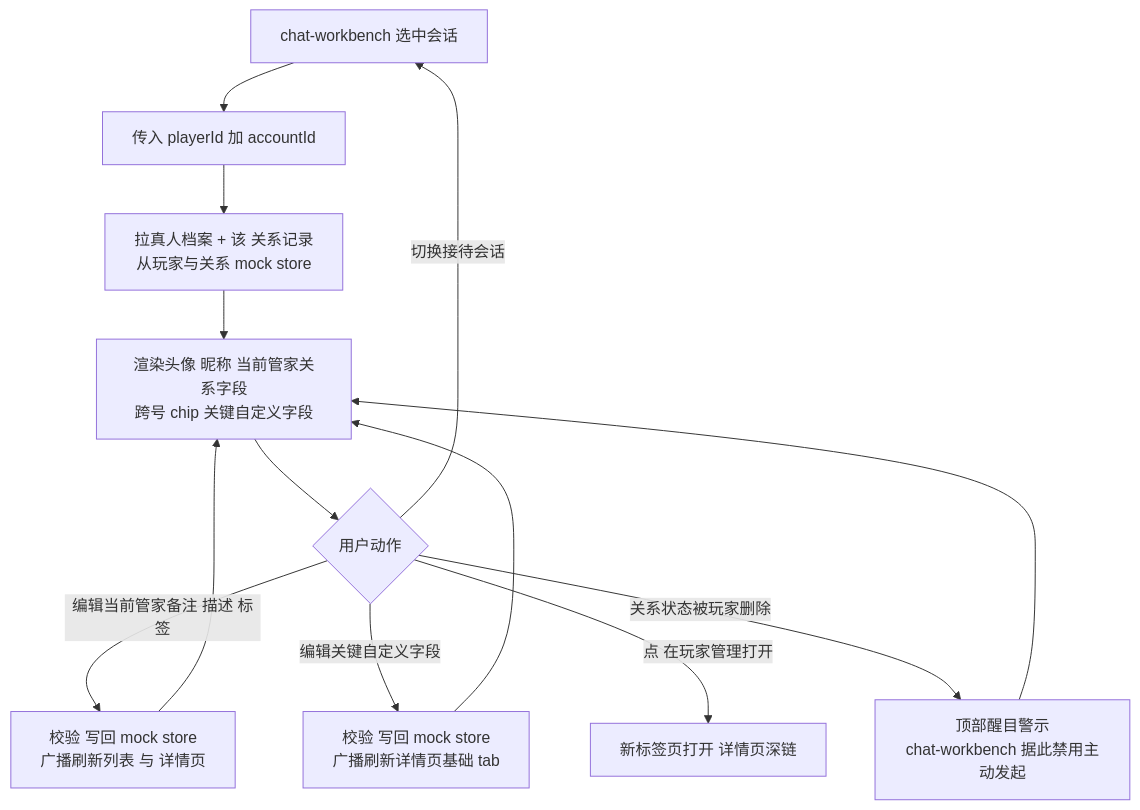
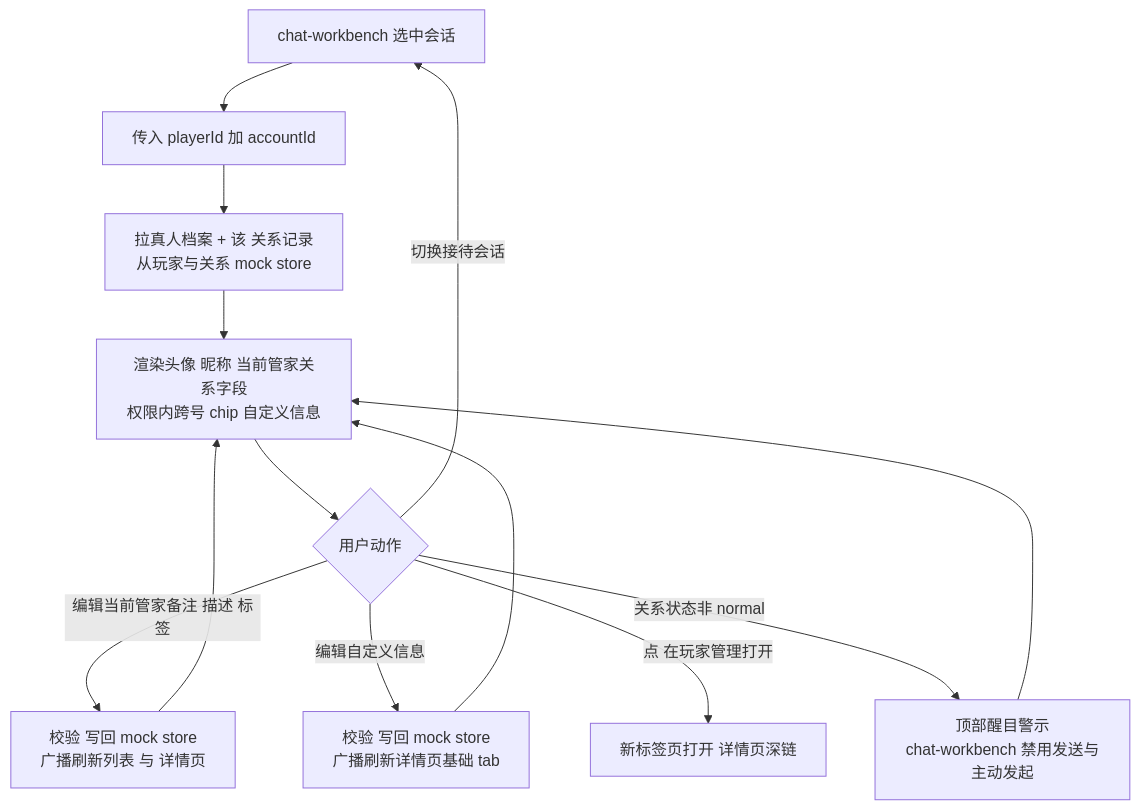
Before and after one commit to yan-pang/VIP: the eighth of 8 diagrams in project/domains/player-center/design.md, drawn with Mermaid. The commit also changed other lines of this file and 79 other files, not shown here.

````diff
--- a/project/domains/player-center/design.md
+++ b/project/domains/player-center/design.md
@@ -1366,15 +1347,15 @@
 ```mermaid
 graph TD
     A[chat-workbench 选中会话] --> B[传入 playerId 加 accountId]
     B --> C[拉真人档案 + 该 关系记录<br/>从玩家与关系 mock store]
-    C --> D[渲染头像 昵称 当前管家关系字段<br/>跨号 chip 关键自定义字段]
+    C --> D[渲染头像 昵称 当前管家关系字段<br/>权限内跨号 chip 自定义信息]
     D --> E{用户动作}
     E -- 编辑当前管家备注 描述 标签 --> F[校验 写回 mock store<br/>广播刷新列表 与 详情页]
     F --> D
-    E -- 编辑关键自定义字段 --> G[校验 写回 mock store<br/>广播刷新详情页基础 tab]
+    E -- 编辑自定义信息 --> G[校验 写回 mock store<br/>广播刷新详情页基础 tab]
     G --> D
     E -- 点 在玩家管理打开 --> H[新标签页打开 详情页深链]
-    E -- 关系状态被玩家删除 --> I[顶部醒目警示<br/>chat-workbench 据此禁用主动发起]
+    E -- 关系状态非 normal --> I[顶部醒目警示<br/>chat-workbench 禁用发送与主动发起]
     I --> D
     E -- 切换接待会话 --> A
 ```
````
